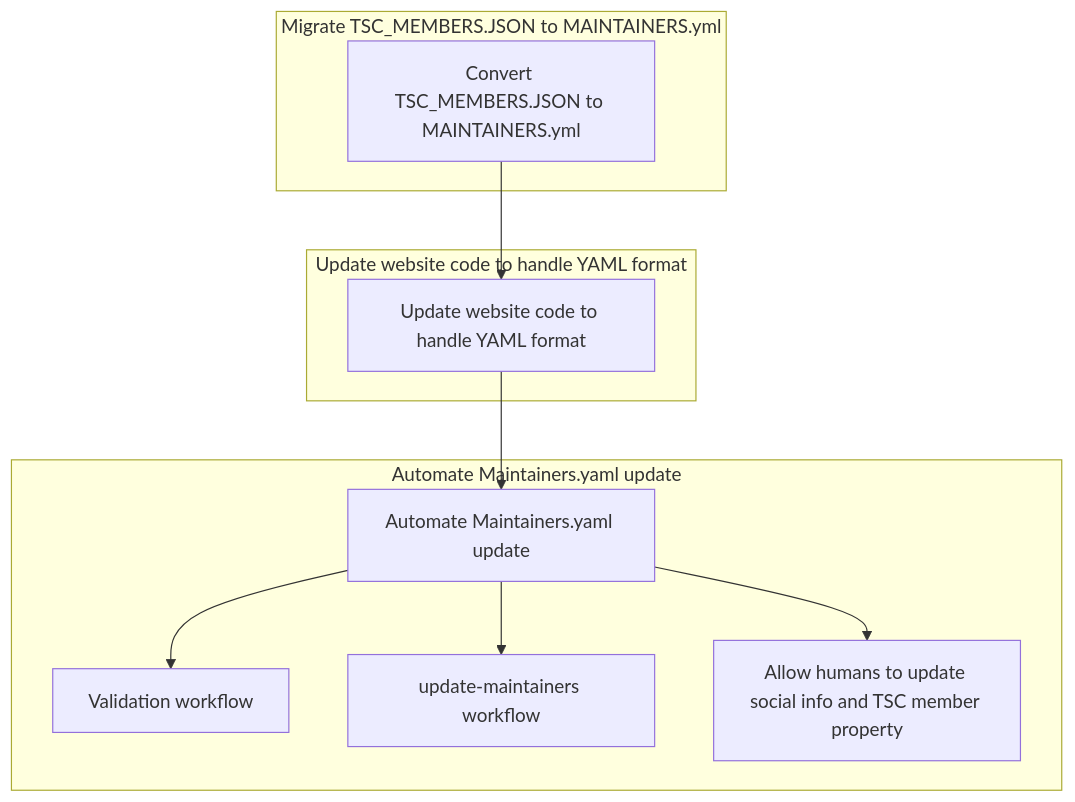
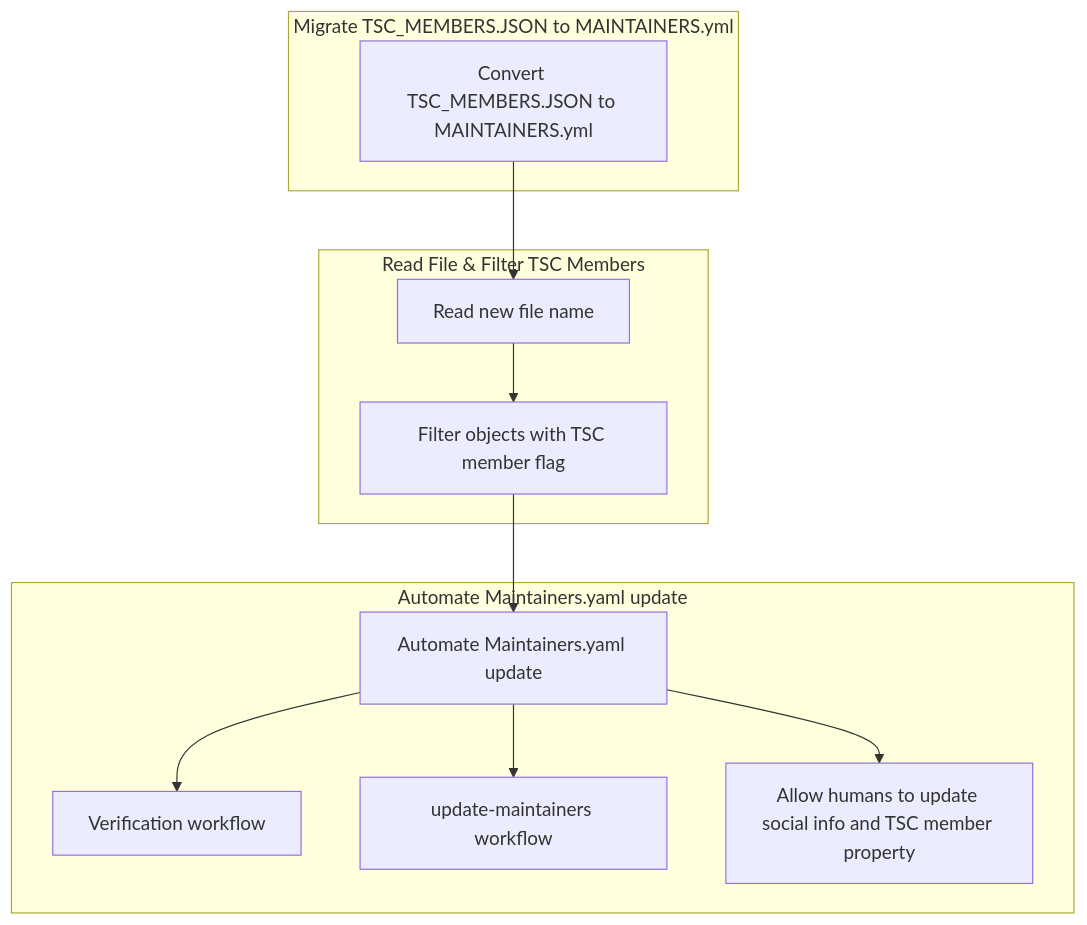
The first of 11 diagrams in scripts/README.md (14Richa/testRepo1), drawn with Mermaid before and after one commit. The commit also changed other lines of this file, not shown here.

````diff
--- a/scripts/README.md
+++ b/scripts/README.md
@@ -7,24 +8,26 @@
 ```mermaid
 graph TD;
 
 subgraph Migrate TSC_MEMBERS.JSON to MAINTAINERS.yml
     A[Convert TSC_MEMBERS.JSON to MAINTAINERS.yml]
 end
 
-subgraph Update website code to handle YAML format
-    B[Update website code to handle YAML format]
+subgraph Read File & Filter TSC Members
+    B1[Read new file name]
+    B2[Filter objects with TSC member flag]
+    B1 --> B2
 end
 
 subgraph Automate Maintainers.yaml update
     C[Automate Maintainers.yaml update]
-    D[Validation workflow]
+    D[Verification workflow]
     E[update-maintainers workflow]
     F[Allow humans to update social info and TSC member property]
 end
 
-A --> B
-B --> C
+A --> B1
+B2 --> C
 C --> D
 C --> E
 C --> F
 ```
````
